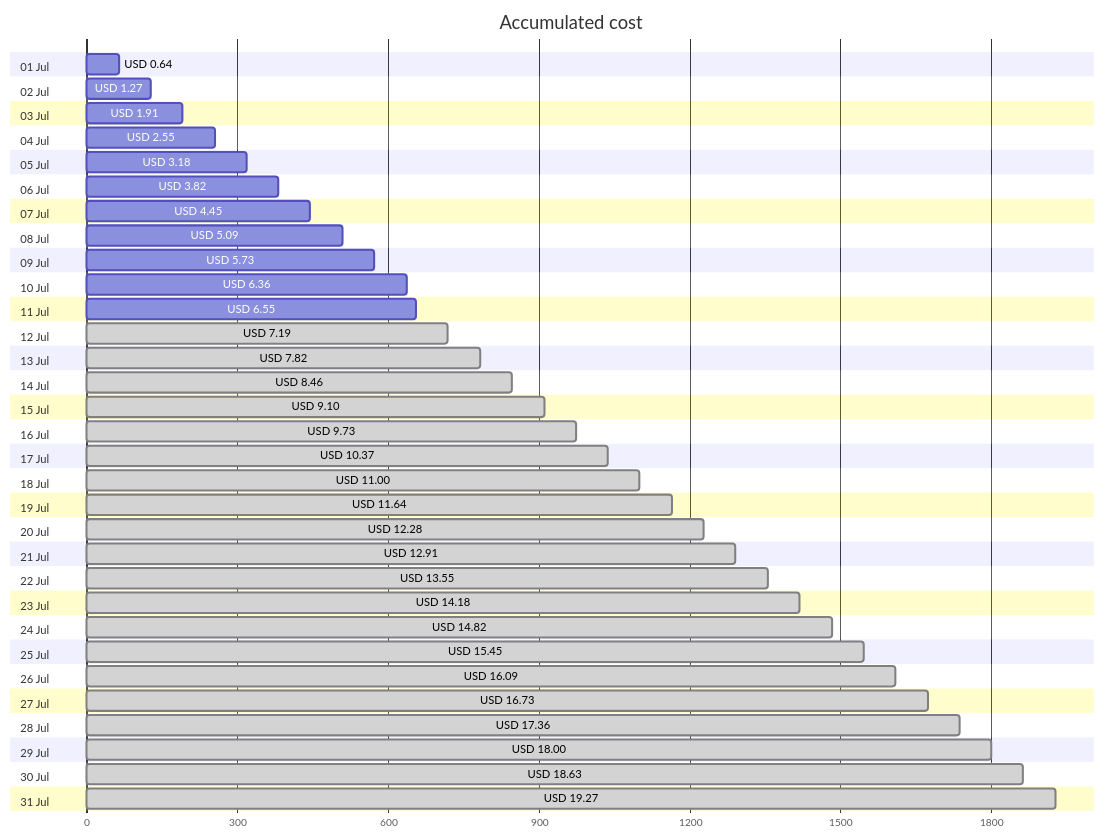
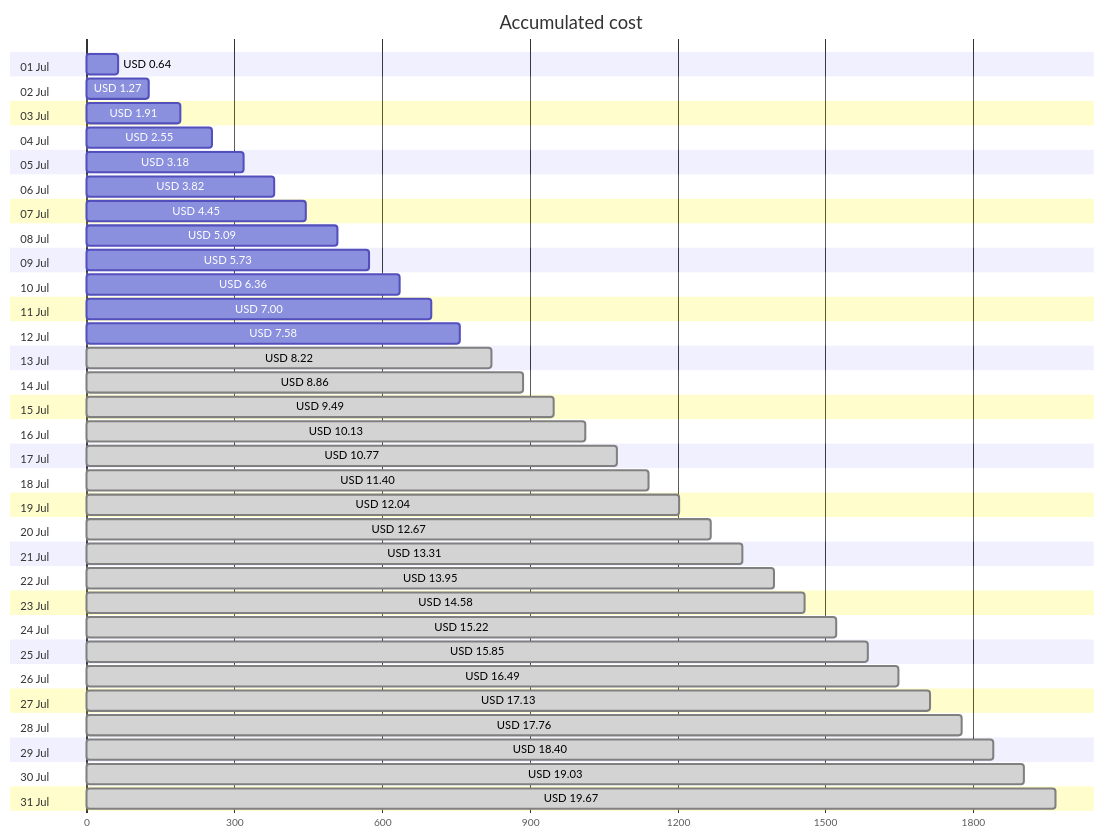
One commit to jpfulton/azure-personal-reports changed the first of 4 diagrams in cost-reports/accumulated-cost.md. Above: the diagram before and after it, drawn with Mermaid. The commit also changed other lines of this file and 4 other files, not shown here.

````diff
--- a/cost-reports/accumulated-cost.md
+++ b/cost-reports/accumulated-cost.md
@@ -20,68 +20,68 @@
 ```mermaid
 gantt
    title Accumulated cost
    dateFormat  X
    axisFormat %s
    section 01 Jul
    USD 0.64 :0, 64
    section 02 Jul
    USD 1.27 :0, 127
    section 03 Jul
    USD 1.91 :0, 191
    section 04 Jul
    USD 2.55 :0, 255
    section 05 Jul
    USD 3.18 :0, 318
    section 06 Jul
    USD 3.82 :0, 382
    section 07 Jul
    USD 4.45 :0, 445
    section 08 Jul
    USD 5.09 :0, 509
    section 09 Jul
    USD 5.73 :0, 573
    section 10 Jul
    USD 6.36 :0, 636
    section 11 Jul
-   USD 6.55 :0, 655
+   USD 7.00 :0, 700
    section 12 Jul
-   USD 7.19 : done, 0, 719
+   USD 7.58 :0, 758
    section 13 Jul
-   USD 7.82 : done, 0, 782
+   USD 8.22 : done, 0, 822
    section 14 Jul
-   USD 8.46 : done, 0, 846
+   USD 8.86 : done, 0, 886
    section 15 Jul
-   USD 9.10 : done, 0, 910
+   USD 9.49 : done, 0, 949
    section 16 Jul
-   USD 9.73 : done, 0, 973
+   USD 10.13 : done, 0, 1013
    section 17 Jul
-   USD 10.37 : done, 0, 1037
+   USD 10.77 : done, 0, 1077
    section 18 Jul
-   USD 11.00 : done, 0, 1100
+   USD 11.40 : done, 0, 1140
    section 19 Jul
-   USD 11.64 : done, 0, 1164
+   USD 12.04 : done, 0, 1204
    section 20 Jul
-   USD 12.28 : done, 0, 1228
+   USD 12.67 : done, 0, 1267
    section 21 Jul
-   USD 12.91 : done, 0, 1291
+   USD 13.31 : done, 0, 1331
    section 22 Jul
-   USD 13.55 : done, 0, 1355
+   USD 13.95 : done, 0, 1395
    section 23 Jul
-   USD 14.18 : done, 0, 1418
+   USD 14.58 : done, 0, 1458
    section 24 Jul
-   USD 14.82 : done, 0, 1482
+   USD 15.22 : done, 0, 1522
    section 25 Jul
-   USD 15.45 : done, 0, 1545
+   USD 15.85 : done, 0, 1585
    section 26 Jul
-   USD 16.09 : done, 0, 1609
+   USD 16.49 : done, 0, 1649
    section 27 Jul
-   USD 16.73 : done, 0, 1673
+   USD 17.13 : done, 0, 1713
    section 28 Jul
-   USD 17.36 : done, 0, 1736
+   USD 17.76 : done, 0, 1776
    section 29 Jul
-   USD 18.00 : done, 0, 1800
+   USD 18.40 : done, 0, 1840
    section 30 Jul
-   USD 18.63 : done, 0, 1863
+   USD 19.03 : done, 0, 1903
    section 31 Jul
-   USD 19.27 : done, 0, 1927
+   USD 19.67 : done, 0, 1967
 ```
````
